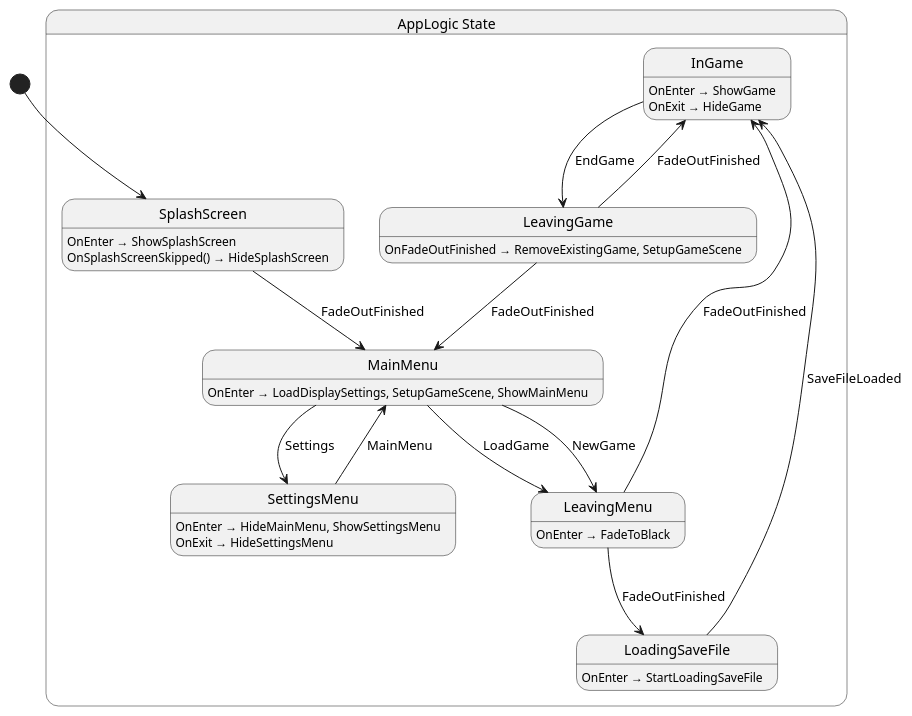
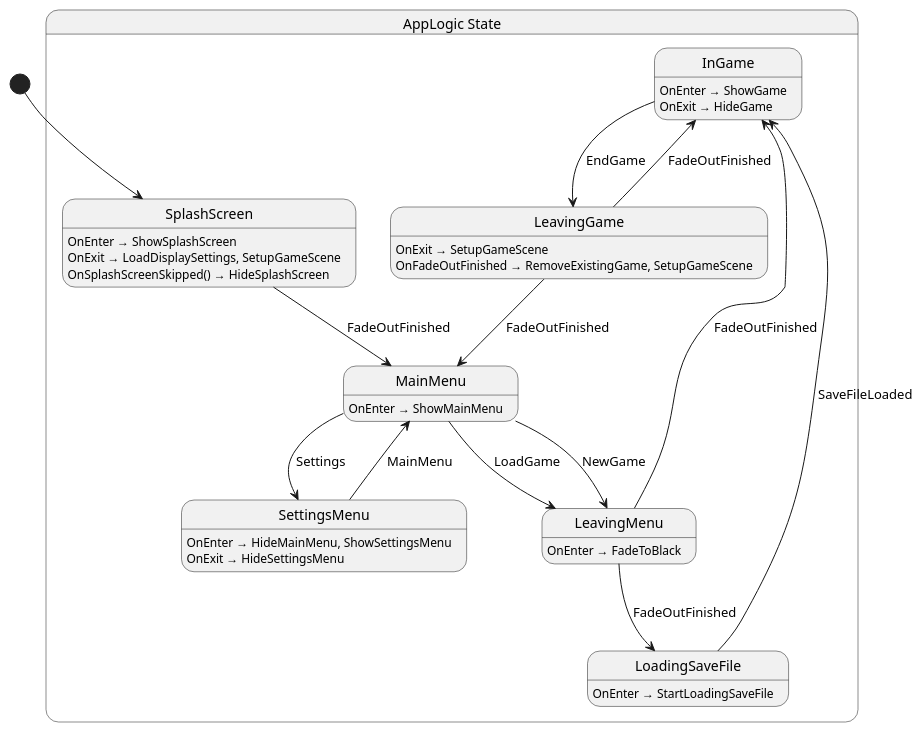
The diagram in src/app/state/AppLogic.g.puml (the-bham/GameDemo), drawn with PlantUML before and after one commit. The commit also changed 12 other files, not shown here.

```diff
--- a/src/app/state/AppLogic.g.puml
+++ b/src/app/state/AppLogic.g.puml
@@ -1,36 +1,38 @@
 @startuml AppLogic
 state "AppLogic State" as GameDemo_AppLogic_State {
   state "InGame" as GameDemo_AppLogic_State_InGame
   state "LeavingGame" as GameDemo_AppLogic_State_LeavingGame
   state "LeavingMenu" as GameDemo_AppLogic_State_LeavingMenu
   state "LoadingSaveFile" as GameDemo_AppLogic_State_LoadingSaveFile
   state "MainMenu" as GameDemo_AppLogic_State_MainMenu
   state "SettingsMenu" as GameDemo_AppLogic_State_SettingsMenu
   state "SplashScreen" as GameDemo_AppLogic_State_SplashScreen
 }
 
 GameDemo_AppLogic_State_InGame --> GameDemo_AppLogic_State_LeavingGame : EndGame
 GameDemo_AppLogic_State_LeavingGame --> GameDemo_AppLogic_State_InGame : FadeOutFinished
 GameDemo_AppLogic_State_LeavingGame --> GameDemo_AppLogic_State_MainMenu : FadeOutFinished
 GameDemo_AppLogic_State_LeavingMenu --> GameDemo_AppLogic_State_InGame : FadeOutFinished
 GameDemo_AppLogic_State_LeavingMenu --> GameDemo_AppLogic_State_LoadingSaveFile : FadeOutFinished
 GameDemo_AppLogic_State_LoadingSaveFile --> GameDemo_AppLogic_State_InGame : SaveFileLoaded
 GameDemo_AppLogic_State_MainMenu --> GameDemo_AppLogic_State_LeavingMenu : LoadGame
 GameDemo_AppLogic_State_MainMenu --> GameDemo_AppLogic_State_LeavingMenu : NewGame
 GameDemo_AppLogic_State_MainMenu --> GameDemo_AppLogic_State_SettingsMenu : Settings
 GameDemo_AppLogic_State_SettingsMenu --> GameDemo_AppLogic_State_MainMenu : MainMenu
 GameDemo_AppLogic_State_SplashScreen --> GameDemo_AppLogic_State_MainMenu : FadeOutFinished
 
 GameDemo_AppLogic_State_InGame : OnEnter → ShowGame
 GameDemo_AppLogic_State_InGame : OnExit → HideGame
+GameDemo_AppLogic_State_LeavingGame : OnExit → SetupGameScene
 GameDemo_AppLogic_State_LeavingGame : OnFadeOutFinished → RemoveExistingGame, SetupGameScene
 GameDemo_AppLogic_State_LeavingMenu : OnEnter → FadeToBlack
 GameDemo_AppLogic_State_LoadingSaveFile : OnEnter → StartLoadingSaveFile
-GameDemo_AppLogic_State_MainMenu : OnEnter → LoadDisplaySettings, SetupGameScene, ShowMainMenu
+GameDemo_AppLogic_State_MainMenu : OnEnter → ShowMainMenu
 GameDemo_AppLogic_State_SettingsMenu : OnEnter → HideMainMenu, ShowSettingsMenu
 GameDemo_AppLogic_State_SettingsMenu : OnExit → HideSettingsMenu
 GameDemo_AppLogic_State_SplashScreen : OnEnter → ShowSplashScreen
+GameDemo_AppLogic_State_SplashScreen : OnExit → LoadDisplaySettings, SetupGameScene
 GameDemo_AppLogic_State_SplashScreen : OnSplashScreenSkipped() → HideSplashScreen
 
 [*] --> GameDemo_AppLogic_State_SplashScreen
 @enduml
```
